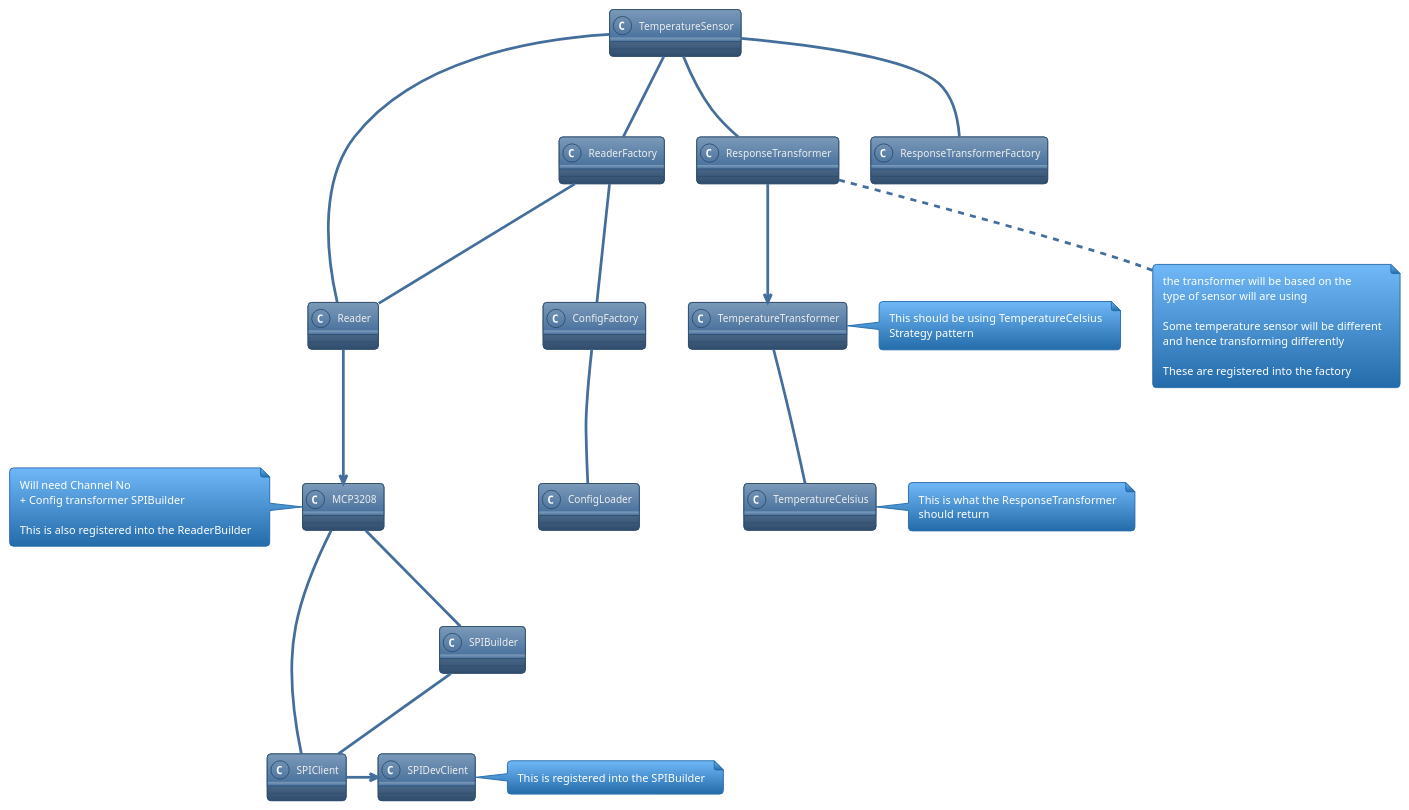
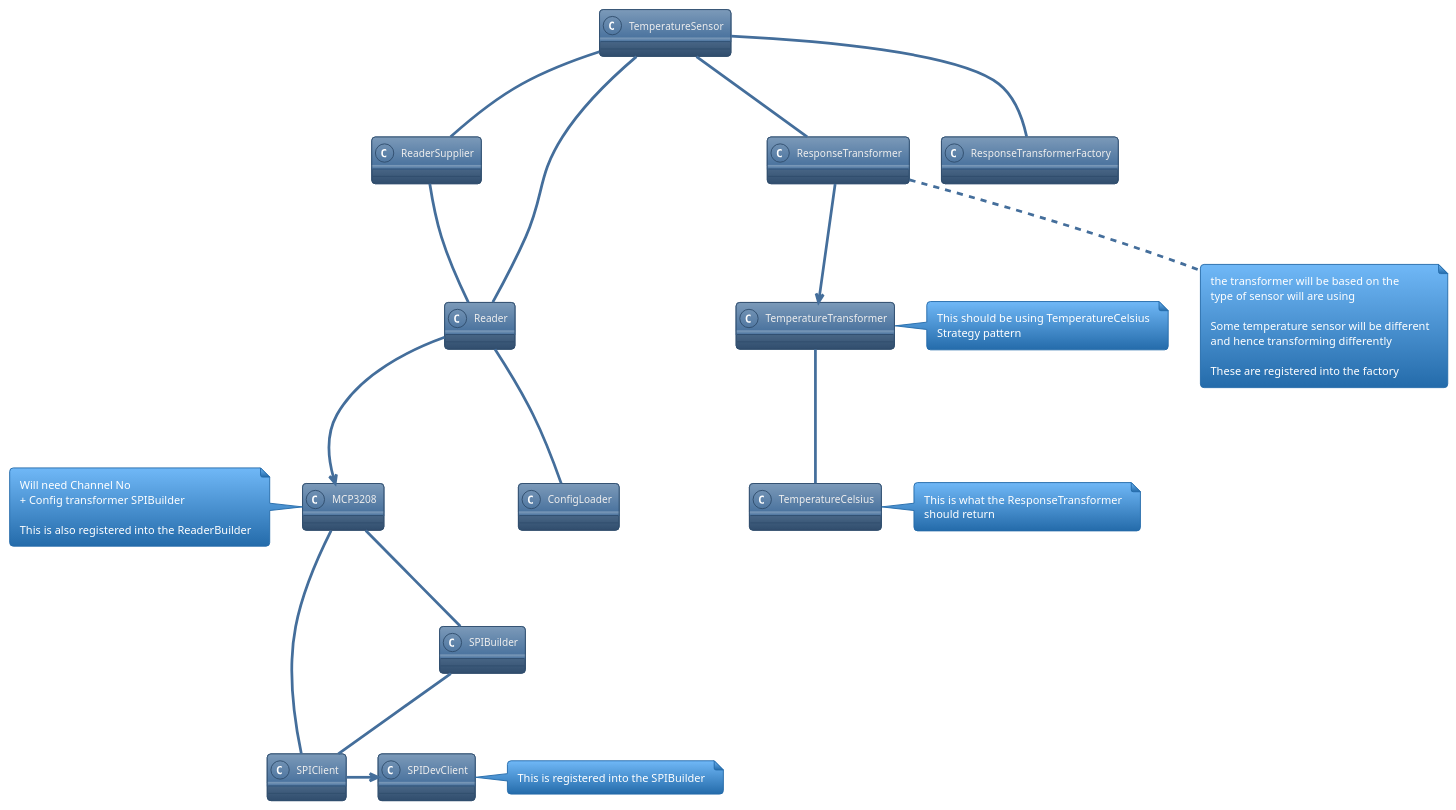
Before and after one commit to OODesigns/universal-control-hub: the diagram in designs/SPI Domain.puml, drawn with PlantUML. The commit also changed 22 other files, not shown here.

```diff
--- a/designs/SPI Domain.puml
+++ b/designs/SPI Domain.puml
@@ -1,70 +1,68 @@
 @startuml
 'https://plantuml.com/class-diagram
 !theme spacelab
 
 class MCP3208 {}
 note left
  Will need Channel No
  + Config transformer SPIBuilder
 
  This is also registered into the ReaderBuilder
 end note
 
 class SPIBuilder {}
 
 class TemperatureSensor{}
 
 class TemperatureCelsius{}
 note right
  This is what the ResponseTransformer
  should return
 end note
 
 
 class SPIClient{}
 
 class SPIDevClient{}
 note right
  This is registered into the SPIBuilder
 end note
 
-class ConfigFactory{}
-class ReaderFactory{}
+class ReaderSupplier{}
 class Reader{}
 
 class ResponseTransformer{}
 note bottom
  the transformer will be based on the
  type of sensor will are using
 
  Some temperature sensor will be different
  and hence transforming differently
 
  These are registered into the factory
 end note
 
 class ResponseTransformerFactory{}
 
 class TemperatureTransformer{}
 note right
   This should be using TemperatureCelsius
   Strategy pattern
 end note
 
 MCP3208 -- SPIClient : executes command on
 MCP3208 -- SPIBuilder: requests a client from
 SPIClient -> SPIDevClient
 SPIBuilder -- SPIClient : Creates
 TemperatureSensor -- Reader :requests and reads response from
-TemperatureSensor -- ReaderFactory
+TemperatureSensor -- ReaderSupplier
 Reader --> MCP3208 : requests and reads response from
-ReaderFactory -- Reader: Creates
-ConfigFactory -- ConfigLoader: load based on reader + sensor name
-ReaderFactory -- ConfigFactory
+ReaderSupplier -- Reader: Gets a reader
+Reader -- ConfigLoader: loads configuration specific to sensor
 TemperatureSensor -- ResponseTransformer: transforms the response from the reader
 TemperatureSensor -- ResponseTransformerFactory
 ResponseTransformer --> TemperatureTransformer
 TemperatureTransformer -- TemperatureCelsius
 
 
 @enduml
```
